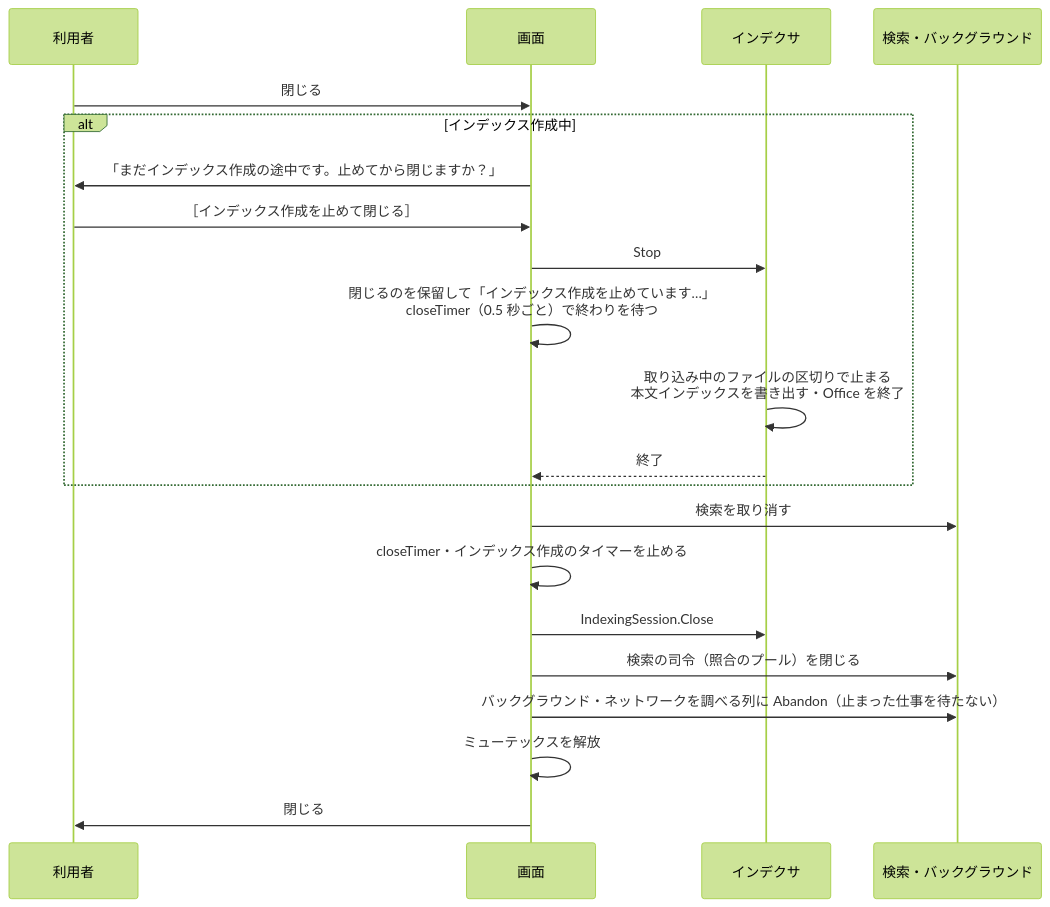
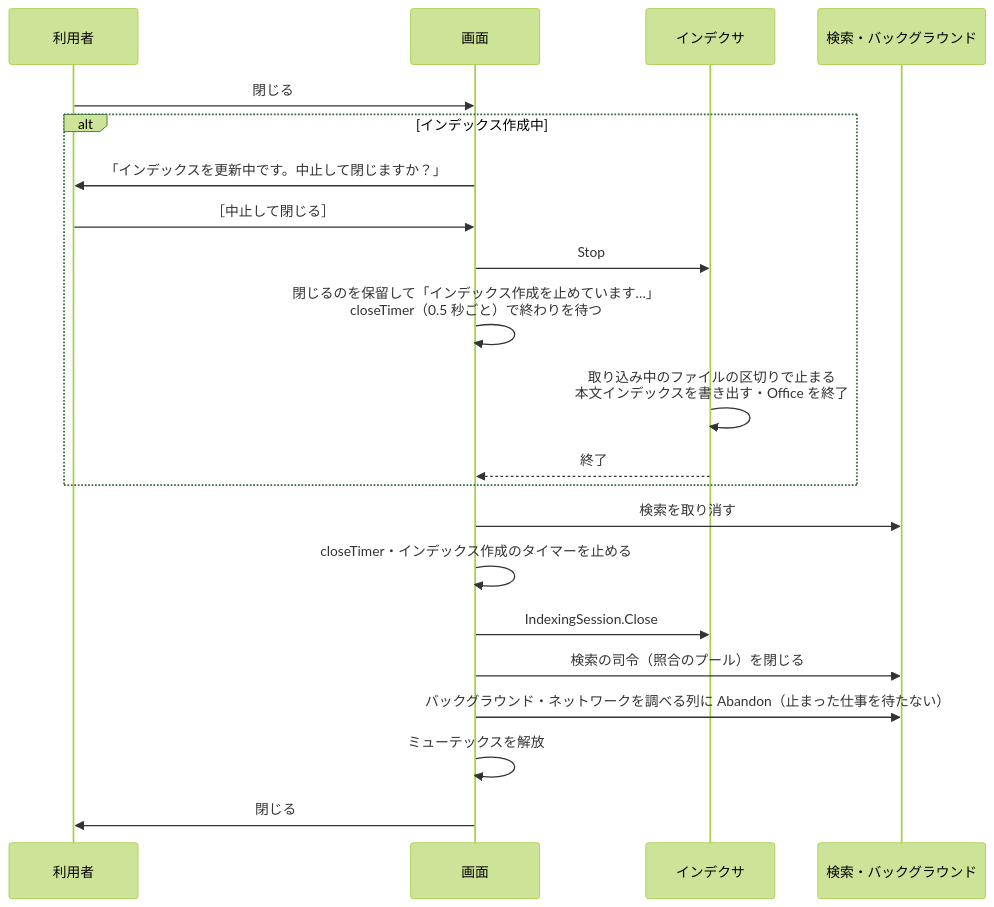
One commit to hsgwa/tebunko changed the diagram in docs/design/structure/closing.md. Above: the diagram before and after it, drawn with Mermaid (forest theme). The commit also changed other lines of this file and 43 other files, not shown here.

````diff
--- a/docs/design/structure/closing.md
+++ b/docs/design/structure/closing.md
@@ -7,23 +7,23 @@
 ```mermaid
 sequenceDiagram
     participant U as 利用者
     participant G as 画面
     participant I as インデクサ
     participant S as 検索・バックグラウンド
     U->>G: 閉じる
     alt インデックス作成中
-        G->>U: 「まだインデックス作成の途中です。止めてから閉じますか？」
-        U->>G: ［インデックス作成を止めて閉じる］
+        G->>U: 「インデックスを更新中です。中止して閉じますか？」
+        U->>G: ［中止して閉じる］
         G->>I: Stop
         G->>G: 閉じるのを保留して「インデックス作成を止めています…」<br>closeTimer（0.5 秒ごと）で終わりを待つ
         I->>I: 取り込み中のファイルの区切りで止まる<br>本文インデックスを書き出す・Office を終了
         I-->>G: 終了
     end
     G->>S: 検索を取り消す
     G->>G: closeTimer・インデックス作成のタイマーを止める
     G->>I: IndexingSession.Close
     G->>S: 検索の司令（照合のプール）を閉じる
     G->>S: バックグラウンド・ネットワークを調べる列に Abandon（止まった仕事を待たない）
     G->>G: ミューテックスを解放
     G->>U: 閉じる
 ```
````
